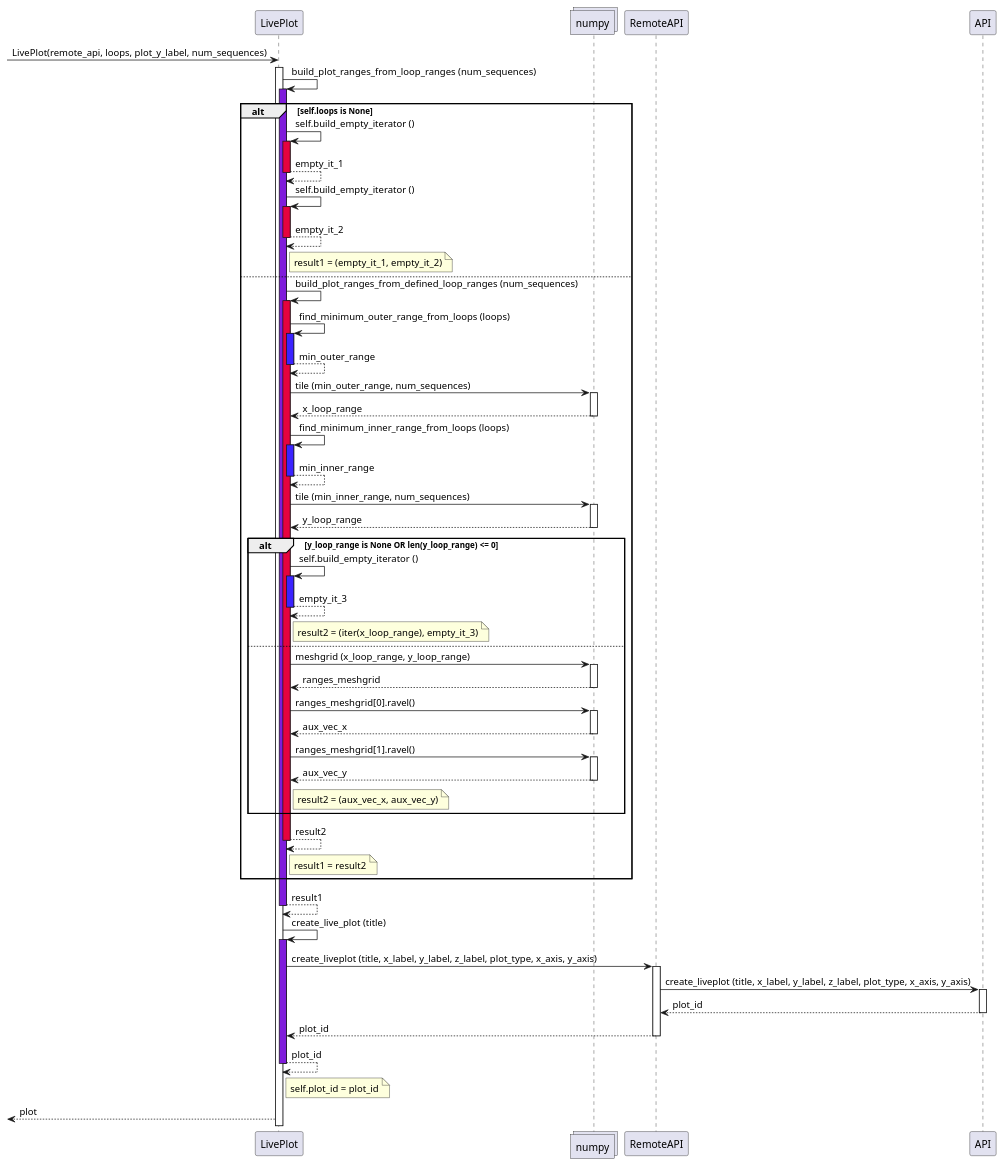
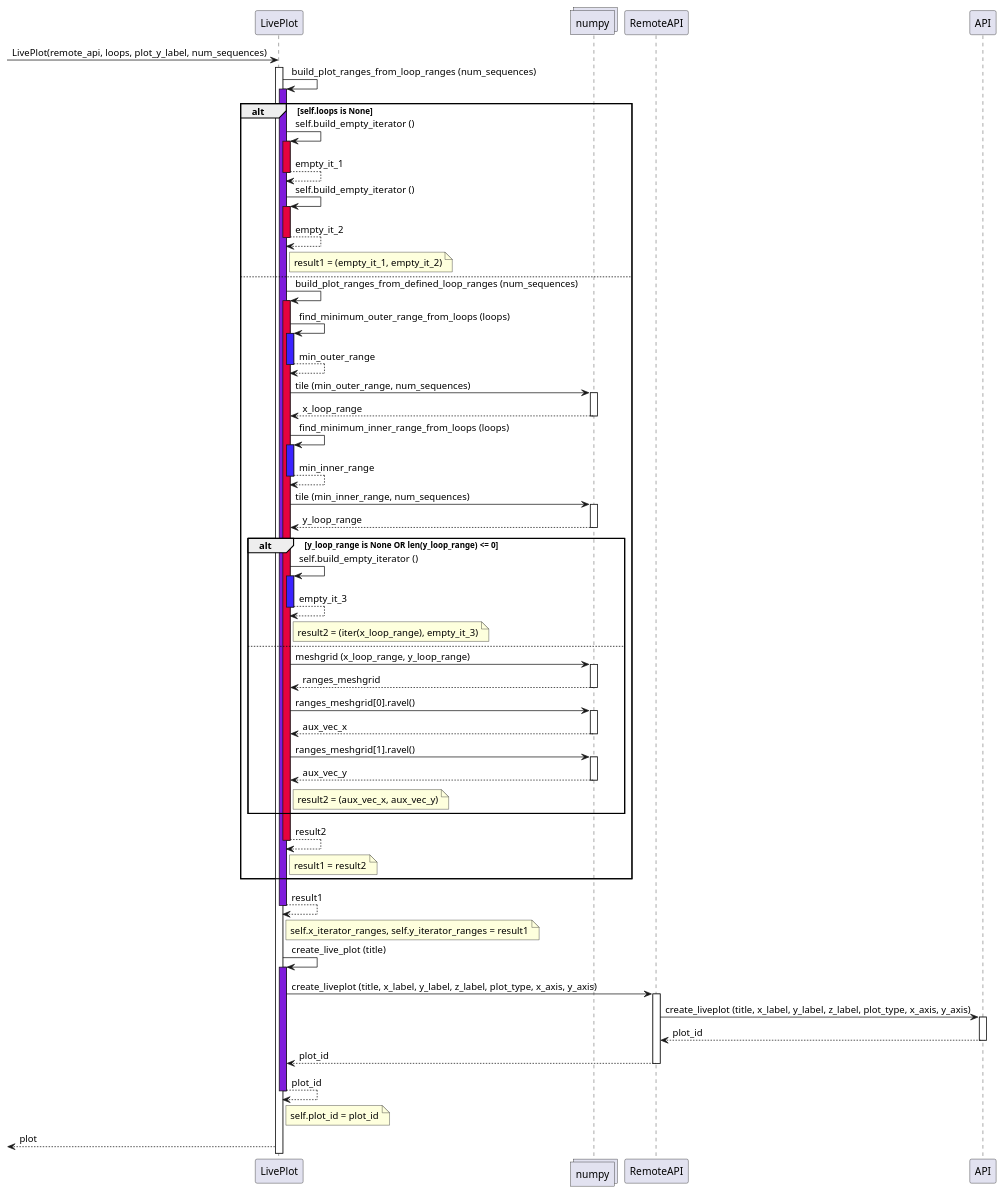
Before and after one commit to qilimanjaro-tech/qililab: the diagram in Sequence Diagrams PUML/LivePlot Creation/LivePlot Creation.puml, drawn with PlantUML. The commit also changed 31 other files, not shown here.

```diff
--- a/Sequence Diagrams PUML/LivePlot Creation/LivePlot Creation.puml
+++ b/Sequence Diagrams PUML/LivePlot Creation/LivePlot Creation.puml
@@ -1,59 +1,60 @@
 @startuml
 participant LivePlot as liveplot
 collections numpy as np
 participant RemoteAPI as remote_api
 participant API as api
 
 [-> liveplot **: LivePlot(remote_api, loops, plot_y_label, num_sequences)
 activate liveplot
 liveplot -> liveplot: build_plot_ranges_from_loop_ranges (num_sequences)
 activate liveplot #7F1CDB
 alt self.loops is None
       liveplot -> liveplot: self.build_empty_iterator ()
       activate liveplot #E6033F
       return empty_it_1
       liveplot -> liveplot: self.build_empty_iterator ()
       activate liveplot #E6033F
       return empty_it_2
       note right of liveplot: result1 = (empty_it_1, empty_it_2)
 else
       liveplot -> liveplot: build_plot_ranges_from_defined_loop_ranges (num_sequences)
       activate liveplot #E6033F
       liveplot -> liveplot: find_minimum_outer_range_from_loops (loops)
       activate liveplot #3B23FF
       return min_outer_range
       liveplot -> np ++: tile (min_outer_range, num_sequences)
       return x_loop_range
       liveplot -> liveplot: find_minimum_inner_range_from_loops (loops)
       activate liveplot #3B23FF
       return min_inner_range
       liveplot -> np ++: tile (min_inner_range, num_sequences)
       return y_loop_range
       alt y_loop_range is None OR len(y_loop_range) <= 0
             liveplot -> liveplot: self.build_empty_iterator ()
             activate liveplot #3B23FF
             return empty_it_3
             note right of liveplot: result2 = (iter(x_loop_range), empty_it_3)
       else
             liveplot -> np ++: meshgrid (x_loop_range, y_loop_range)
             return ranges_meshgrid
             liveplot -> np ++: ranges_meshgrid[0].ravel()
             return aux_vec_x
             liveplot -> np ++: ranges_meshgrid[1].ravel()
             return aux_vec_y
             note right of liveplot: result2 = (aux_vec_x, aux_vec_y)
       end
       return result2
       note right of liveplot: result1 = result2           
 end
 return result1
+note right of liveplot: self.x_iterator_ranges, self.y_iterator_ranges = result1
 liveplot -> liveplot: create_live_plot (title)
 activate liveplot #7F1CDB
 liveplot -> remote_api ++: create_liveplot (title, x_label, y_label, z_label, plot_type, x_axis, y_axis)
 remote_api -> api ++: create_liveplot (title, x_label, y_label, z_label, plot_type, x_axis, y_axis)
 return plot_id
 return plot_id
 return plot_id
 note right of liveplot: self.plot_id = plot_id
 [<-- liveplot: plot
 @enduml
```
